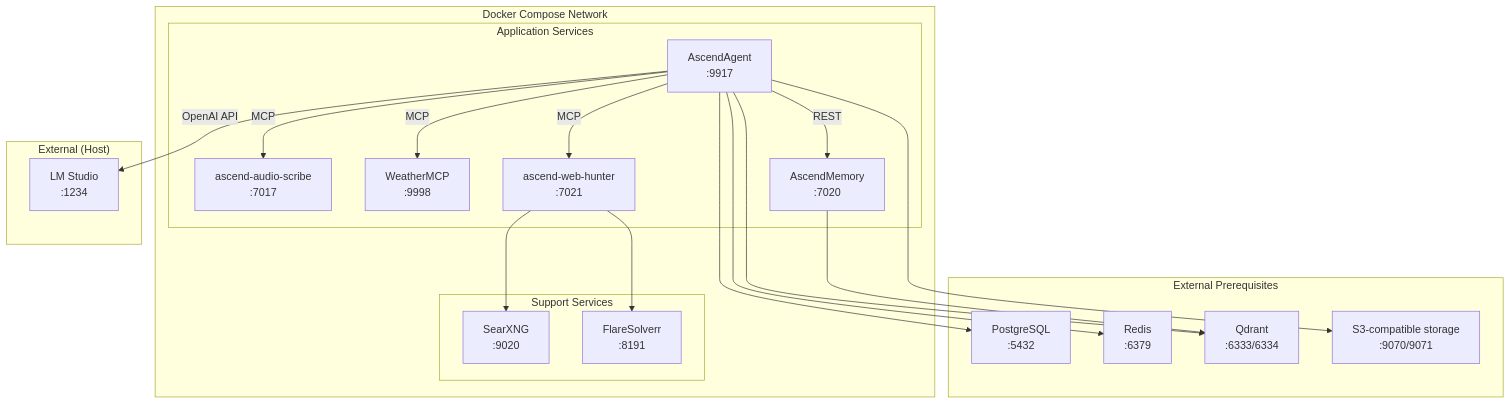
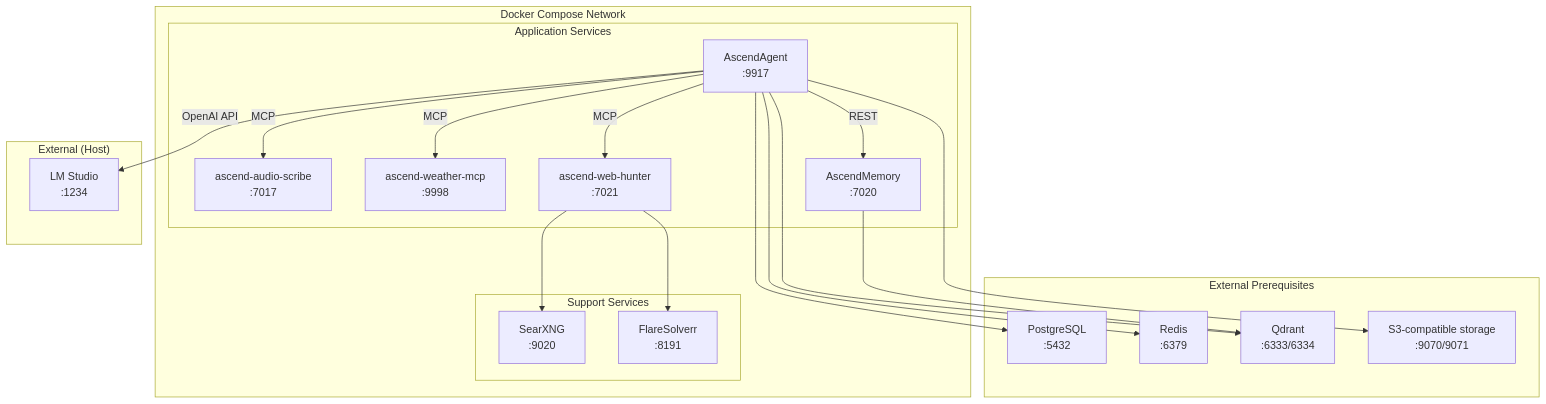
Before and after one commit to Lukk17/AscendAI: the diagram in AscendAgent/docs/architecture/arc42/07-deployment-view.md, drawn with Mermaid. The commit also changed other lines of this file and 446 other files, not shown here.

````diff
--- a/AscendAgent/docs/architecture/arc42/07-deployment-view.md
+++ b/AscendAgent/docs/architecture/arc42/07-deployment-view.md
@@ -7,41 +7,41 @@
 ```mermaid
 graph TB
     subgraph "External Prerequisites"
         Postgres["PostgreSQL<br/>:5432"]
         Redis["Redis<br/>:6379"]
         Qdrant["Qdrant<br/>:6333/6334"]
         S3["S3-compatible storage<br/>:9070/9071"]
     end
 
     subgraph "Docker Compose Network"
         subgraph "Application Services"
             AscendAgent["AscendAgent<br/>:9917"]
             AudioScribe["ascend-audio-scribe<br/>:7017"]
-            Weather["WeatherMCP<br/>:9998"]
+            Weather["ascend-weather-mcp<br/>:9998"]
             WebHunter["ascend-web-hunter<br/>:7021"]
             Memory["AscendMemory<br/>:7020"]
         end
 
         subgraph "Support Services"
             SearXNG["SearXNG<br/>:9020"]
             FlareSolverr["FlareSolverr<br/>:8191"]
         end
     end
 
     subgraph "External (Host)"
         LMStudio["LM Studio<br/>:1234"]
     end
 
     AscendAgent -->|"MCP"| AudioScribe
     AscendAgent -->|"MCP"| Weather
     AscendAgent -->|"MCP"| WebHunter
     AscendAgent -->|"REST"| Memory
     AscendAgent --> Postgres
     AscendAgent --> Redis
     AscendAgent --> Qdrant
     AscendAgent --> S3
     WebHunter --> SearXNG
     WebHunter --> FlareSolverr
     Memory --> Qdrant
     AscendAgent -->|"OpenAI API"| LMStudio
 ```
````
